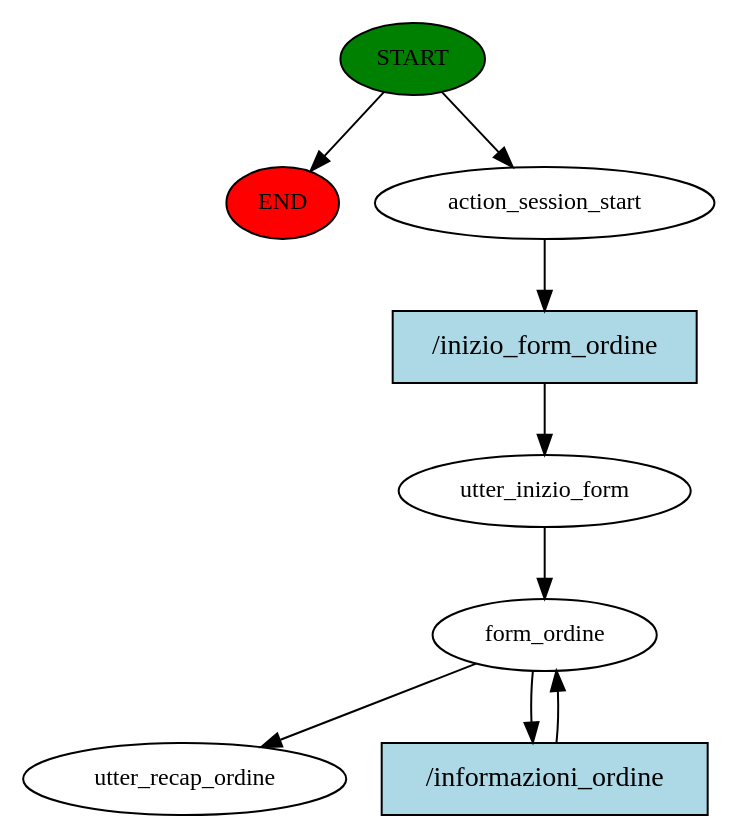
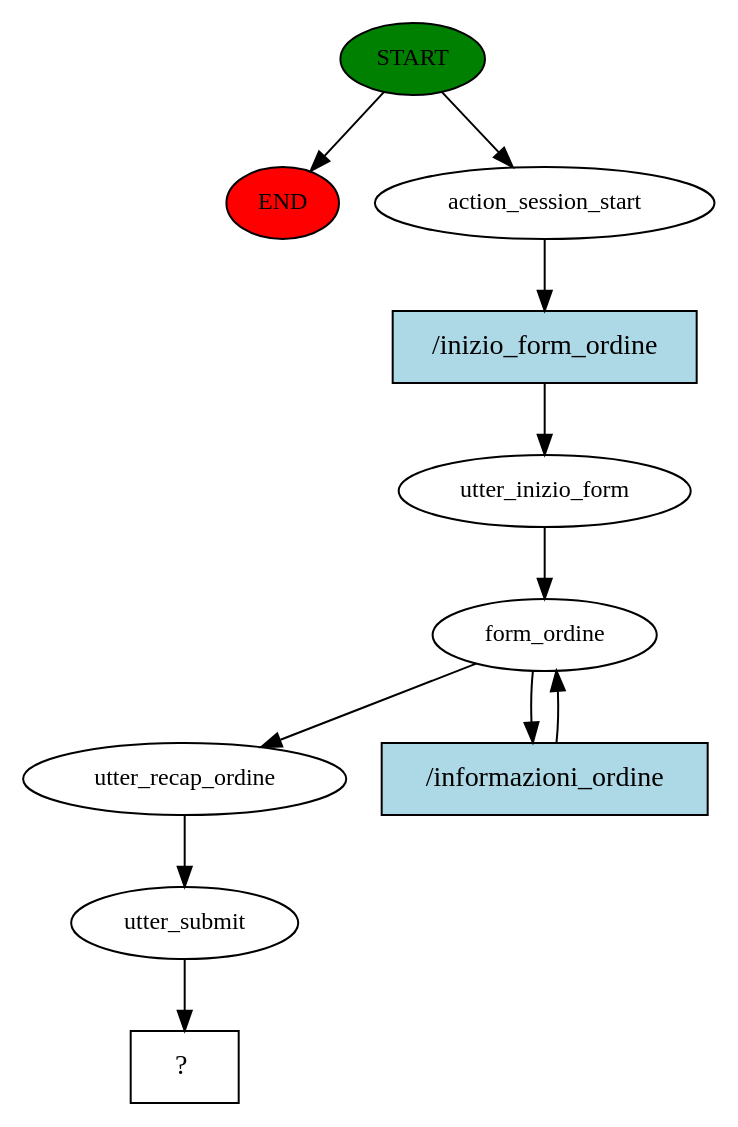
The diagram in story_graph.dot (Paolo95/Rasa_Chatbot), drawn with Graphviz before and after one commit. The commit also changed 45 other files, not shown here.

```diff
--- a/story_graph.dot
+++ b/story_graph.dot
@@ -1,18 +1,22 @@
 digraph  {
 0 [class="start active", fillcolor=green, fontsize=12, label=START, style=filled];
 "-1" [class=end, fillcolor=red, fontsize=12, label=END, style=filled];
 1 [class=active, fontsize=12, label=action_session_start];
 2 [class=active, fontsize=12, label=utter_inizio_form];
 3 [class=active, fontsize=12, label=form_ordine];
-14 [class="dashed active", fontsize=12, label=utter_recap_ordine];
-15 [class="intent active", fillcolor=lightblue, label="/inizio_form_ordine", shape=rect, style=filled];
-16 [class="intent active", fillcolor=lightblue, label="/informazioni_ordine", shape=rect, style=filled];
+15 [class=active, fontsize=12, label=utter_recap_ordine];
+16 [class=active, fontsize=12, label=utter_submit];
+17 [class="intent dashed active", label="  ?  ", shape=rect];
+18 [class="intent active", fillcolor=lightblue, label="/inizio_form_ordine", shape=rect, style=filled];
+19 [class="intent active", fillcolor=lightblue, label="/informazioni_ordine", shape=rect, style=filled];
 0 -> "-1"  [class="", key=NONE, label=""];
 0 -> 1  [class=active, key=NONE, label=""];
-1 -> 15  [class=active, key=0];
+1 -> 18  [class=active, key=0];
 2 -> 3  [class=active, key=NONE, label=""];
-3 -> 14  [class=active, key=NONE, label=""];
-3 -> 16  [class=active, key=0];
-15 -> 2  [class=active, key=0];
-16 -> 3  [class=active, key=0];
+3 -> 15  [class=active, key=NONE, label=""];
+3 -> 19  [class=active, key=0];
+15 -> 16  [class=active, key=NONE, label=""];
+16 -> 17  [class=active, key=NONE, label=""];
+18 -> 2  [class=active, key=0];
+19 -> 3  [class=active, key=0];
 }
```
